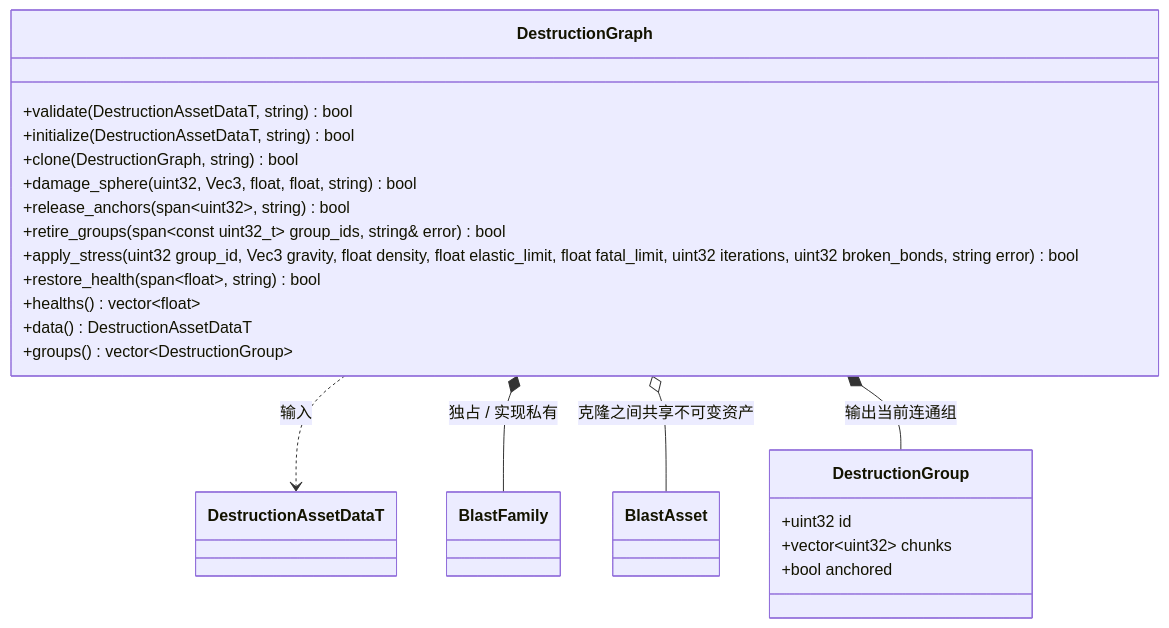
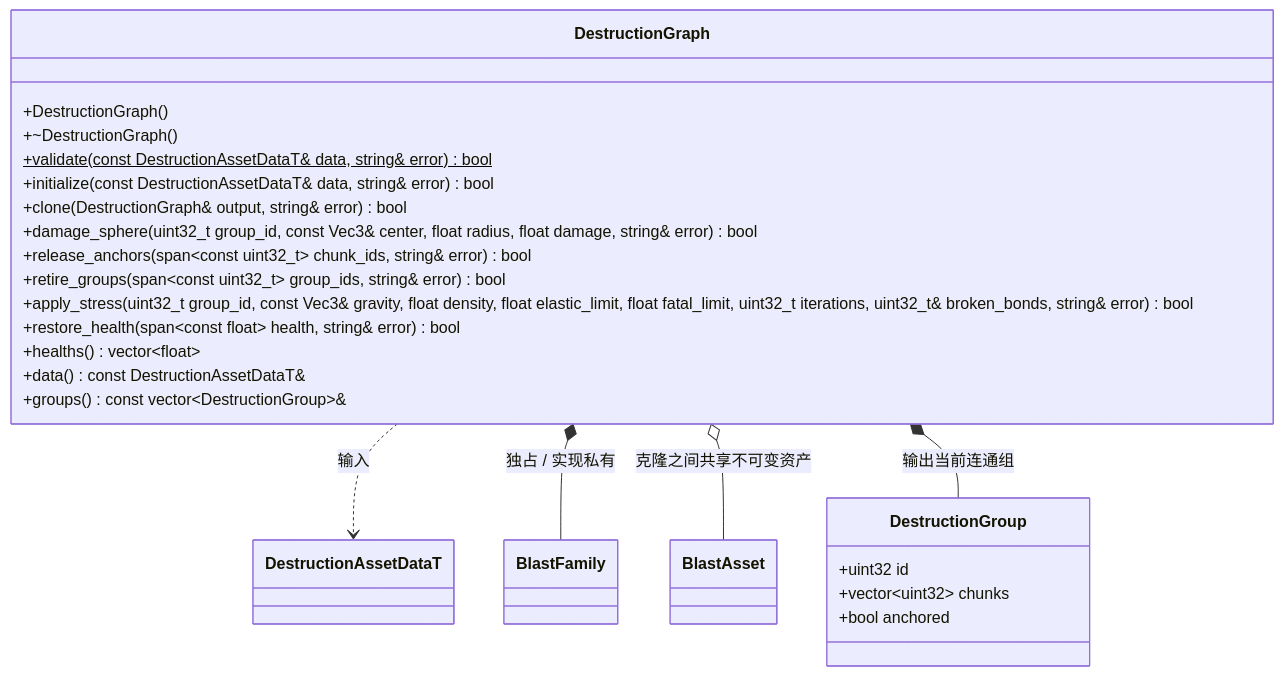
The diagram in docs/plugins/runtime/class-diagrams/destruction-graph.md (lcals/Engine), drawn with Mermaid before and after one commit. The commit also changed 222 other files, not shown here.

Commit message:
Consolidate editor asset imports and align architecture documentation

````diff
--- a/docs/plugins/runtime/class-diagrams/destruction-graph.md
+++ b/docs/plugins/runtime/class-diagrams/destruction-graph.md
@@ -5,28 +5,30 @@
 ```mermaid
 classDiagram
 class DestructionGraph {
-  +validate(DestructionAssetDataT, string) bool
-  +initialize(DestructionAssetDataT, string) bool
-  +clone(DestructionGraph, string) bool
-  +damage_sphere(uint32, Vec3, float, float, string) bool
-  +release_anchors(span~uint32~, string) bool
+  +DestructionGraph()
+  +~DestructionGraph()
+  +validate(const DestructionAssetDataT& data, string& error) bool$
+  +initialize(const DestructionAssetDataT& data, string& error) bool
+  +clone(DestructionGraph& output, string& error) bool
+  +damage_sphere(uint32_t group_id, const Vec3& center, float radius, float damage, string& error) bool
+  +release_anchors(span~const uint32_t~ chunk_ids, string& error) bool
   +retire_groups(span~const uint32_t~ group_ids, string& error) bool
-  +apply_stress(uint32 group_id, Vec3 gravity, float density, float elastic_limit, float fatal_limit, uint32 iterations, uint32 broken_bonds, string error) bool
-  +restore_health(span~float~, string) bool
+  +apply_stress(uint32_t group_id, const Vec3& gravity, float density, float elastic_limit, float fatal_limit, uint32_t iterations, uint32_t& broken_bonds, string& error) bool
+  +restore_health(span~const float~ health, string& error) bool
   +healths() vector~float~
-  +data() DestructionAssetDataT
-  +groups() vector~DestructionGroup~
+  +data() const DestructionAssetDataT&
+  +groups() const vector~DestructionGroup~&
 }
 class DestructionGroup {
   +uint32 id
   +vector~uint32~ chunks
   +bool anchored
 }
 class DestructionAssetDataT
 class BlastFamily
 class BlastAsset
 DestructionGraph ..> DestructionAssetDataT : 输入
 DestructionGraph *-- BlastFamily : 独占 / 实现私有
 DestructionGraph o-- BlastAsset : 克隆之间共享不可变资产
 DestructionGraph *-- DestructionGroup : 输出当前连通组
 ```
````
